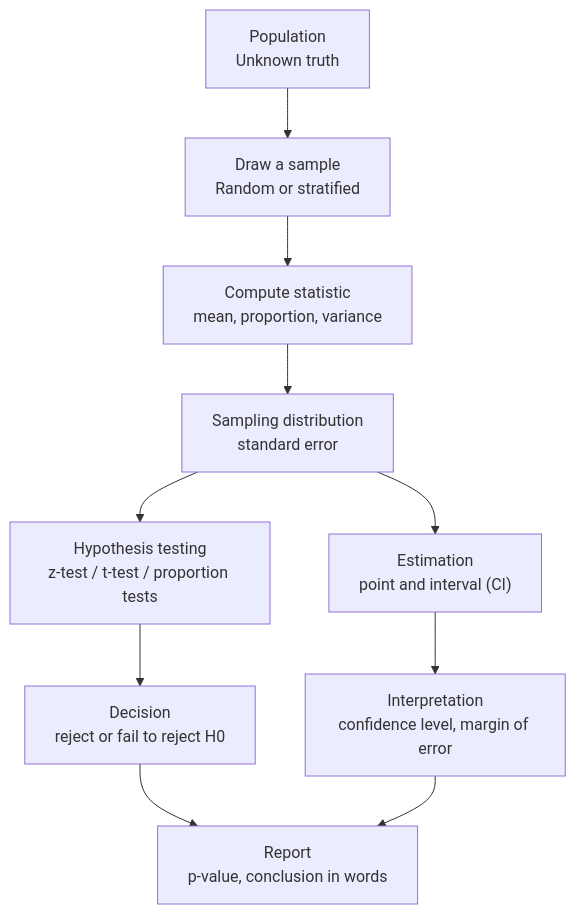
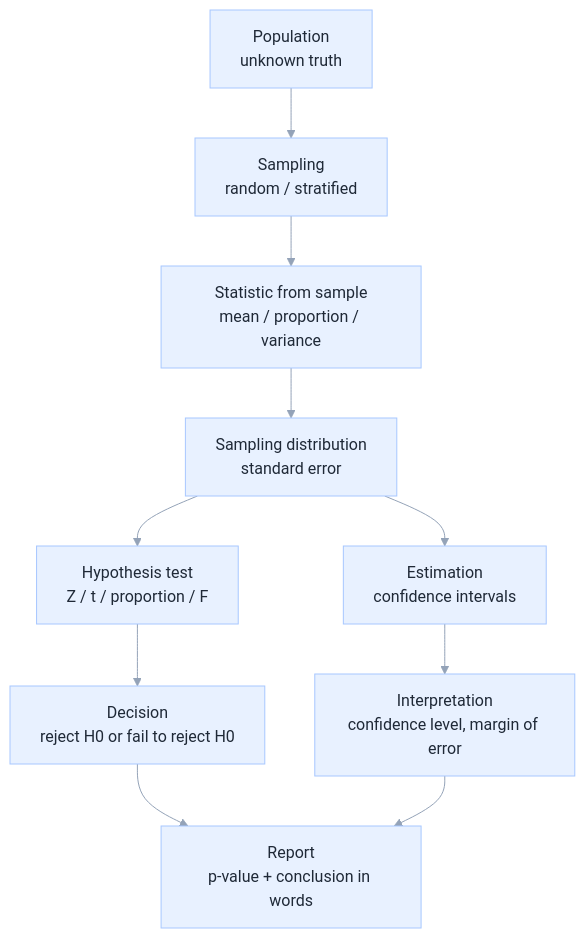
One commit to arshadhs/arshadhs.github.io changed the first of 2 diagrams in content/docs/ai/statistics/04_Hypothesis_Testing.md. Above: the diagram before and after it, drawn with Mermaid. The commit also changed other lines of this file and 1 other file, not shown here.

```diff
--- a/content/docs/ai/statistics/04_Hypothesis_Testing.md
+++ b/content/docs/ai/statistics/04_Hypothesis_Testing.md
@@ -22,12 +41,20 @@
 {{< mermaid >}}
+%%{init: {'theme':'base','themeVariables': {
+  'fontFamily':'Inter, ui-sans-serif, system-ui',
+  'primaryColor':'#E8F1FF',
+  'primaryTextColor':'#1F2937',
+  'primaryBorderColor':'#A7C7FF',
+  'lineColor':'#94A3B8',
+  'tertiaryColor':'#F8FAFC'
+}}}%%
 flowchart TD
-  A["Population<br/>Unknown truth"] --> B["Draw a sample<br/>Random or stratified"]
-  B --> C["Compute statistic<br/>mean, proportion, variance"]
+  A["Population<br/>unknown truth"] --> B["Sampling<br/>random / stratified"]
+  B --> C["Statistic from sample<br/>mean / proportion / variance"]
   C --> D["Sampling distribution<br/>standard error"]
-  D --> E["Estimation<br/>point and interval (CI)"]
-  D --> F["Hypothesis testing<br/>z-test / t-test / proportion tests"]
-  F --> G["Decision<br/>reject or fail to reject H0"]
-  E --> H["Interpretation<br/>confidence level, margin of error"]
-  G --> I["Report<br/>p-value, conclusion in words"]
-  H --> I
+  D --> E["Estimation<br/>confidence intervals"]
+  D --> F["Hypothesis test<br/>Z / t / proportion / F"]
+  E --> G["Interpretation<br/>confidence level, margin of error"]
+  F --> H["Decision<br/>reject H0 or fail to reject H0"]
+  H --> I["Report<br/>p-value + conclusion in words"]
+  G --> I
 {{< /mermaid >}}
```
